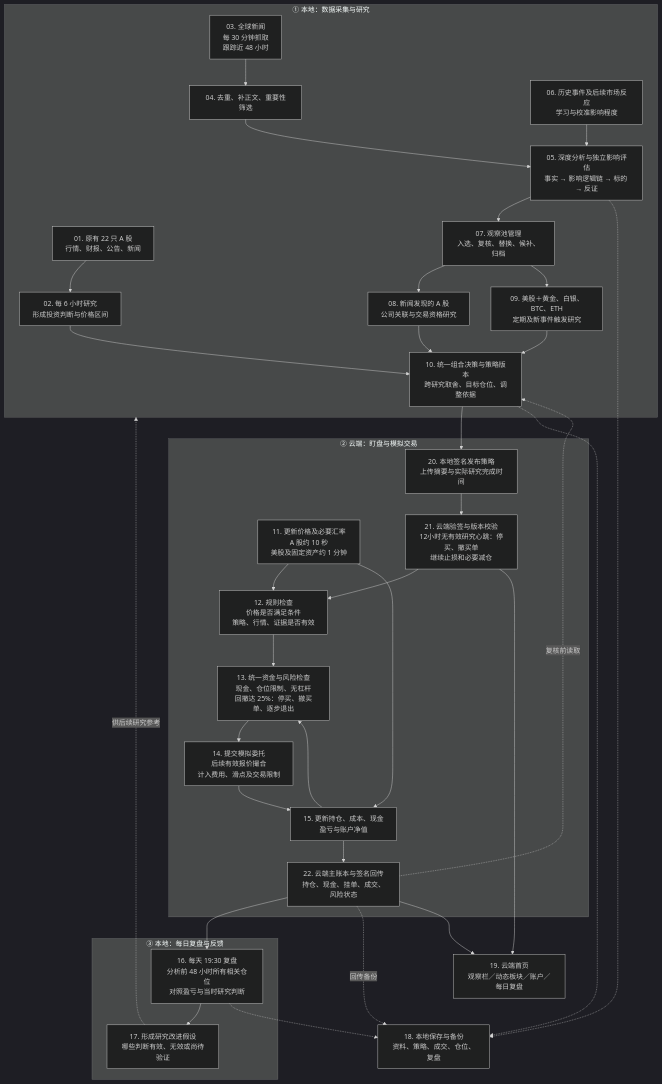
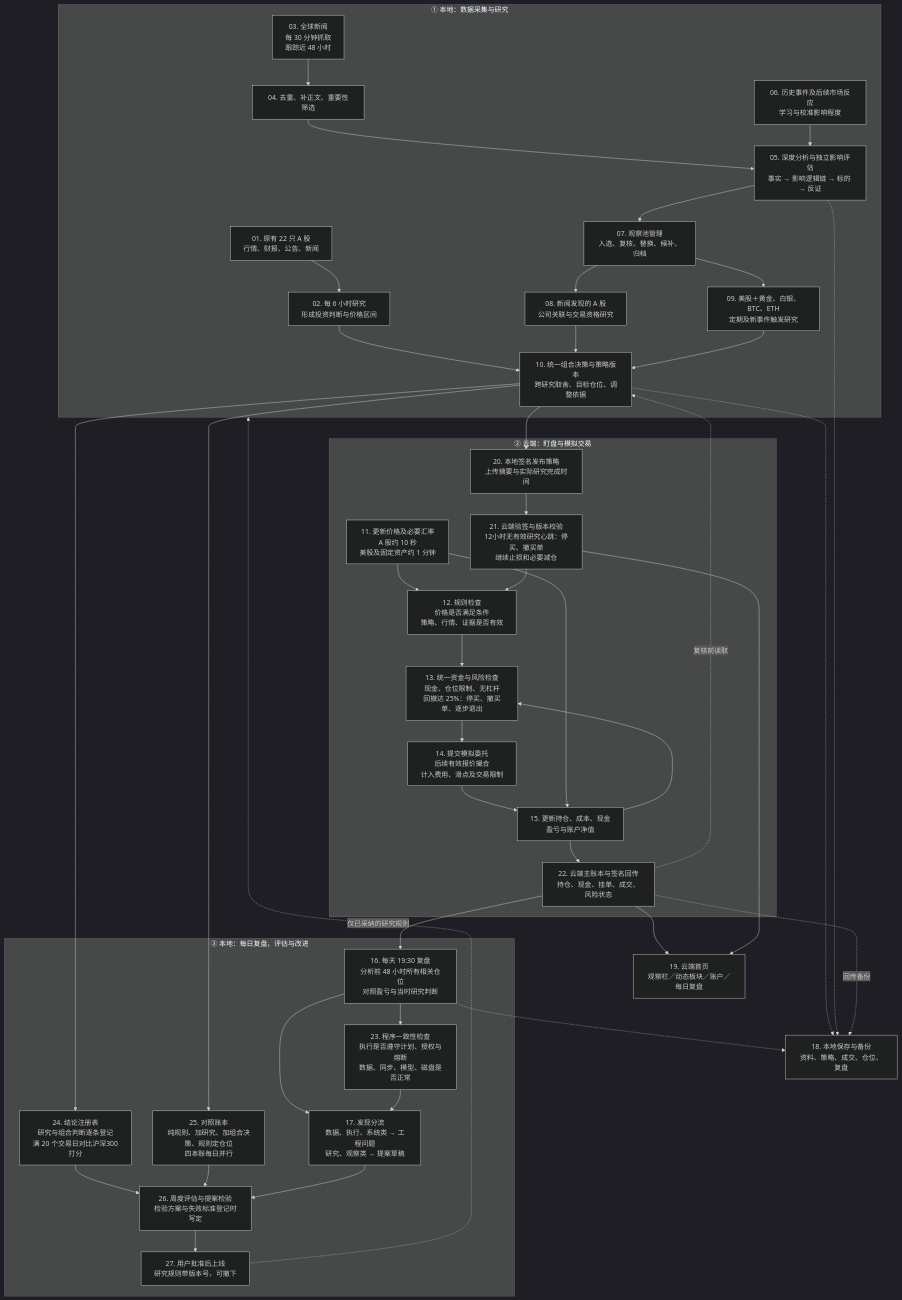
The diagram in docs/当前数据运行流程.md (yyd106/thesistrade), drawn with Mermaid (dark theme) before and after one commit. The commit also changed other lines of this file and 52 other files, not shown here.

````diff
--- a/docs/当前数据运行流程.md
+++ b/docs/当前数据运行流程.md
@@ -7,43 +7,51 @@
 ```mermaid
 flowchart TD
     subgraph Research["① 本地：数据采集与研究"]
         A["01. 原有 22 只 A 股<br/>行情、财报、公告、新闻"] --> B["02. 每 6 小时研究<br/>形成投资判断与价格区间"]
         C["03. 全球新闻<br/>每 30 分钟抓取<br/>跟踪近 48 小时"] --> D["04. 去重、补正文、重要性筛选"]
         D --> F["05. 深度分析与独立影响评估<br/>事实 → 影响逻辑链 → 标的 → 反证"]
         H["06. 历史事件及后续市场反应<br/>学习与校准影响程度"] --> F
         F --> W["07. 观察池管理<br/>入选、复核、替换、候补、归档"]
         W --> J["08. 新闻发现的 A 股<br/>公司关联与交易资格研究"]
         W --> G["09. 美股＋黄金、白银、BTC、ETH<br/>定期及新事件触发研究"]
         B --> P["10. 统一组合决策与策略版本<br/>跨研究取舍、目标仓位、调整依据"]
         J --> P
         G --> P
     end
 
     subgraph Trading["② 云端：盯盘与模拟交易"]
         Q["11. 更新价格及必要汇率<br/>A 股约 10 秒<br/>美股及固定资产约 1 分钟"] --> E["12. 规则检查<br/>价格是否满足条件<br/>策略、行情、证据是否有效"]
         P --> S["20. 本地签名发布策略<br/>上传摘要与实际研究完成时间"]
         S --> HBC["21. 云端验签与版本校验<br/>12小时无有效研究心跳：停买、撤买单<br/>继续止损和必要减仓"]
         HBC --> E
         E --> R["13. 统一资金与风险检查<br/>现金、仓位限制、无杠杆<br/>回撤达 25%：停买、撤买单、逐步退出"]
         R --> O["14. 提交模拟委托<br/>后续有效报价撮合<br/>计入费用、滑点及交易限制"]
         O --> V["15. 更新持仓、成本、现金<br/>盈亏与账户净值"]
         Q --> V
         V --> R
         V --> LEDGER["22. 云端主账本与签名回传<br/>持仓、现金、挂单、成交、风险状态"]
         LEDGER -. 复核前读取 .-> P
     end
 
-    subgraph Review["③ 本地：每日复盘与反馈"]
+    subgraph Review["③ 本地：每日复盘、评估与改进"]
         LEDGER --> RV["16. 每天 19:30 复盘<br/>分析前 48 小时所有相关仓位<br/>对照盈亏与当时研究判断"]
-        RV --> L["17. 形成研究改进假设<br/>哪些判断有效、无效或尚待验证"]
+        RV --> CK["23. 程序一致性检查<br/>执行是否遵守计划、授权与熔断<br/>数据、同步、模型、磁盘是否正常"]
+        RV --> L["17. 发现分流<br/>数据、执行、系统类 → 工程问题<br/>研究、观察类 → 提案草稿"]
+        CK --> L
+        P --> REG["24. 结论注册表<br/>研究与组合判断逐条登记<br/>满 20 个交易日对比沪深300打分"]
+        P --> SB["25. 对照账本<br/>纯规则、加研究、加组合决策、规则定仓位<br/>四本账每日并行"]
+        REG --> WK["26. 周度评估与提案检验<br/>检验方案与失败标准登记时写定"]
+        SB --> WK
+        L --> WK
+        WK --> AD["27. 用户批准后上线<br/>研究规则带版本号，可撤下"]
     end
 
-    L -. 供后续研究参考 .-> Research
+    AD -. 仅已采纳的研究规则 .-> Research
 
     P -.-> DB["18. 本地保存与备份<br/>资料、策略、成交、仓位、复盘"]
     F -.-> DB
     LEDGER -. 回传备份 .-> DB
     RV -.-> DB
     LEDGER --> UI["19. 云端首页<br/>观察栏／动态板块／账户／每日复盘"]
     HBC --> UI
 ```
````
